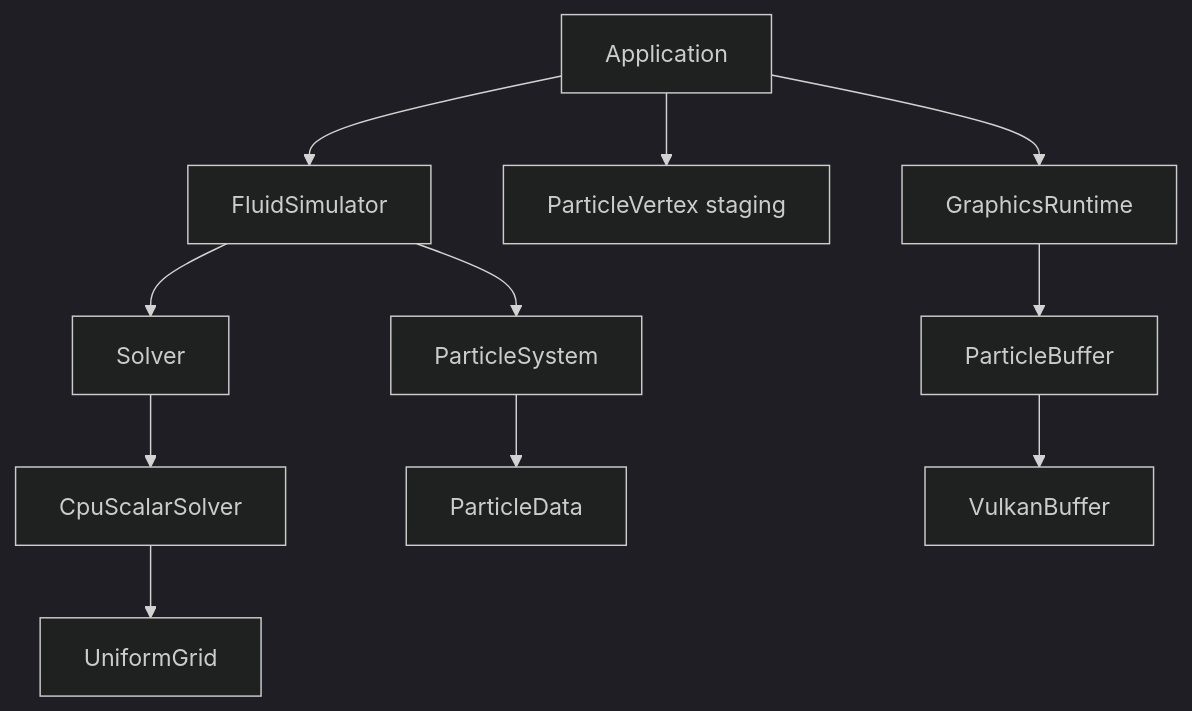
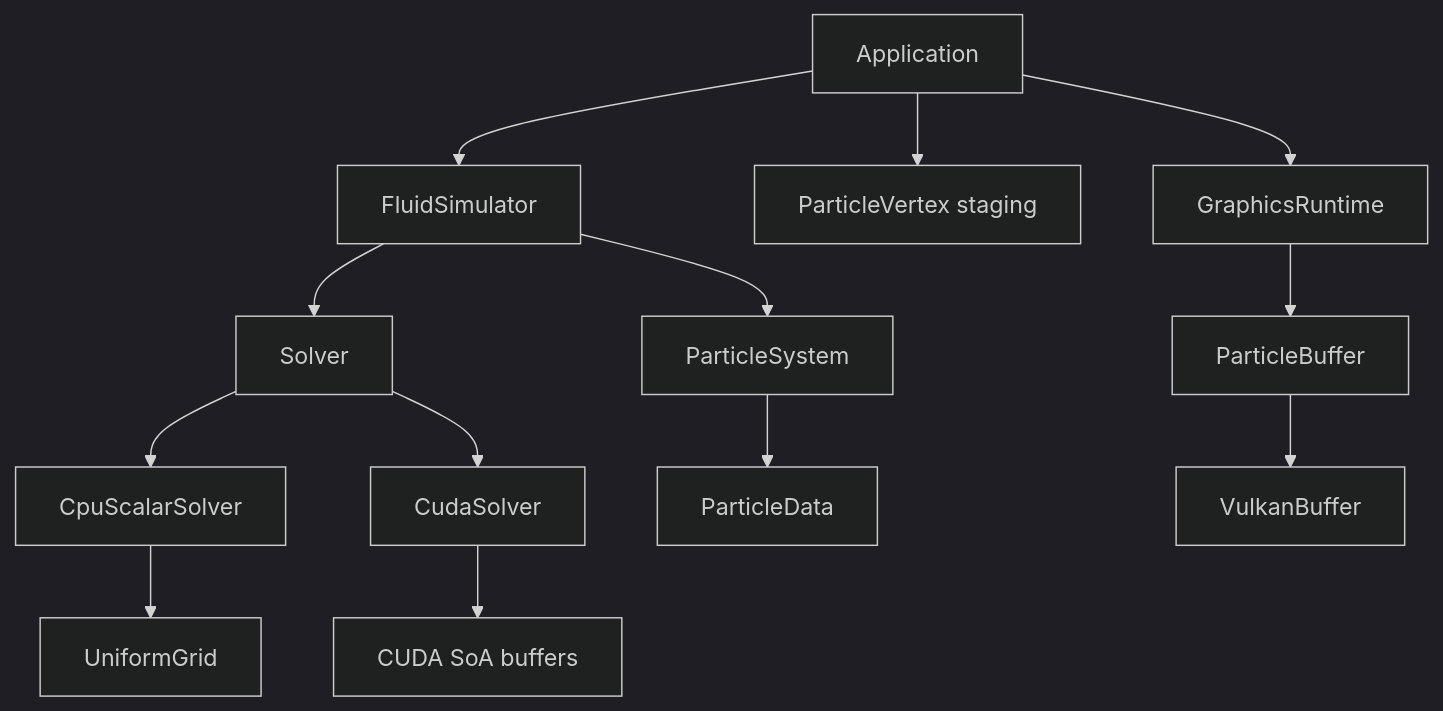
One commit to JustARandomBadDev/fluid-simulator changed the diagram in README.md. Above: the diagram before and after it, drawn with Mermaid (dark theme). The commit also changed other lines of this file and 10 other files, not shown here.

Commit message:
feat: add CUDA setup and naive SPH solver

````diff
--- a/README.md
+++ b/README.md
@@ -100,17 +109,19 @@
 ```mermaid
 flowchart TB
     A[Application]
     A --> B[FluidSimulator]
     A --> H[ParticleVertex staging]
     A --> I[GraphicsRuntime]
 
     B --> C[Solver]
     C --> D[CpuScalarSolver]
     D --> E[UniformGrid]
+    C --> L[CudaSolver]
+    L --> M[CUDA SoA buffers]
 
     B --> F[ParticleSystem]
     F --> G[ParticleData]
 
     I --> J[ParticleBuffer]
     J --> K[VulkanBuffer]
 ```
````
